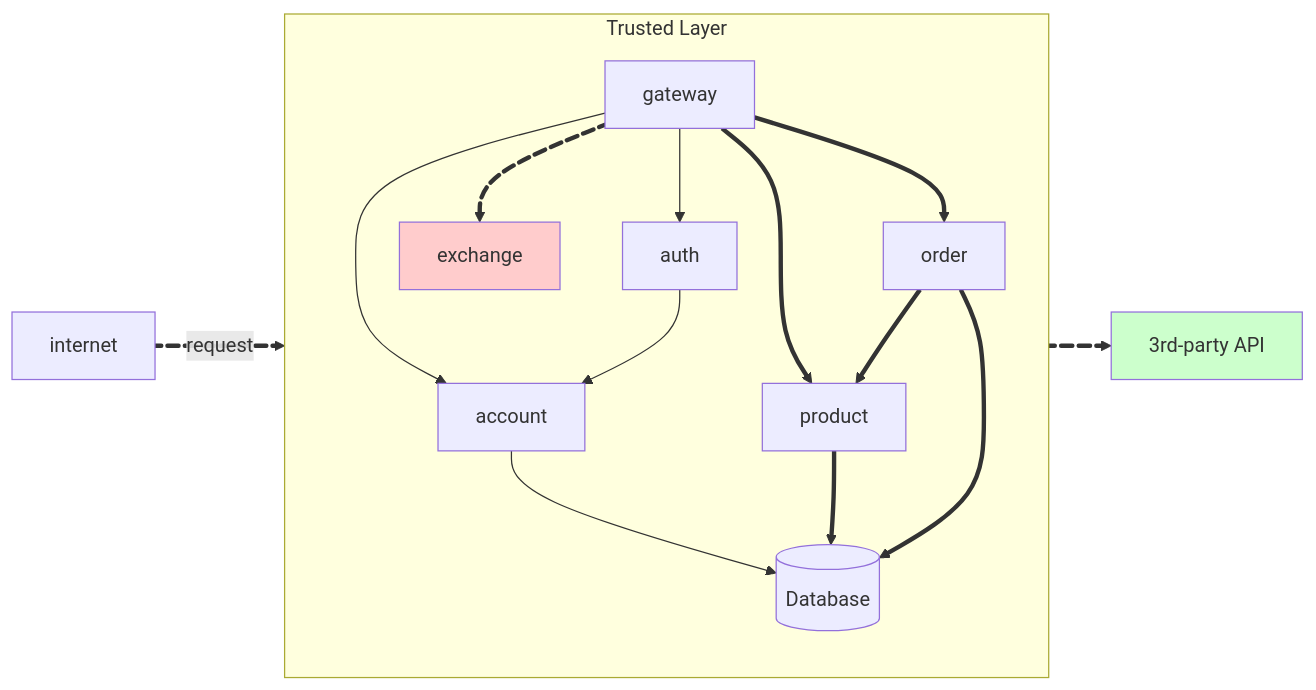
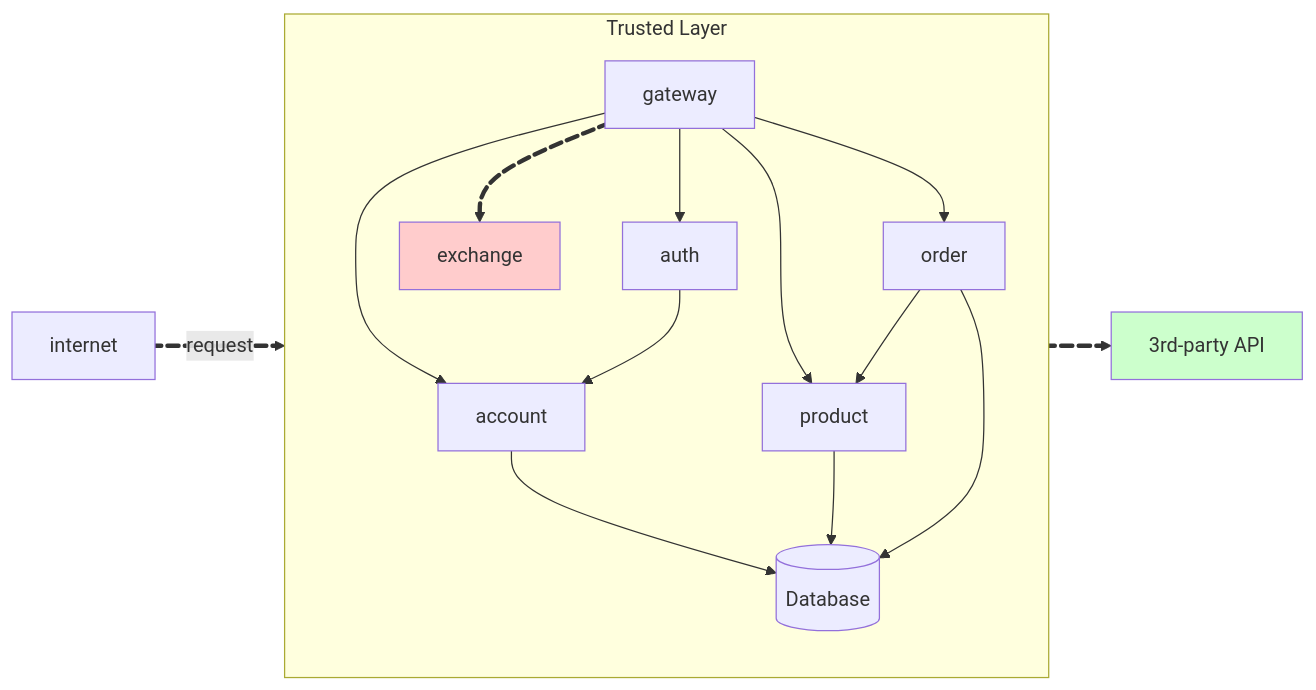
The diagram in docs/exercises/exchange.md (RicardolCarvalho/Plataformas), drawn with Mermaid before and after one commit.

Commit message:
refactory of diagrams

````diff
--- a/docs/exercises/exchange.md
+++ b/docs/exercises/exchange.md
@@ -4,24 +4,24 @@
 ``` mermaid
 flowchart LR
     subgraph api [Trusted Layer]
         direction TB
         gateway --> account
         gateway --> auth
         account --> db@{ shape: cyl, label: "Database" }
         auth --> account
         gateway e1@==> exchange:::red
-        gateway ==> product
-        gateway ==> order
-        product ==> db
-        order ==> db
-        order ==> product
+        gateway --> product
+        gateway --> order
+        product --> db
+        order --> db
+        order --> product
     end
     exchange e3@==> 3partyapi:::green@{label: "3rd-party API"}
     internet e2@==>|request| gateway
     e1@{ animate: true }
     e2@{ animate: true }
     e3@{ animate: true }
     classDef red fill:#fcc
     classDef green fill:#cfc
     click product "#product-api" "Product API"
 ```
````
